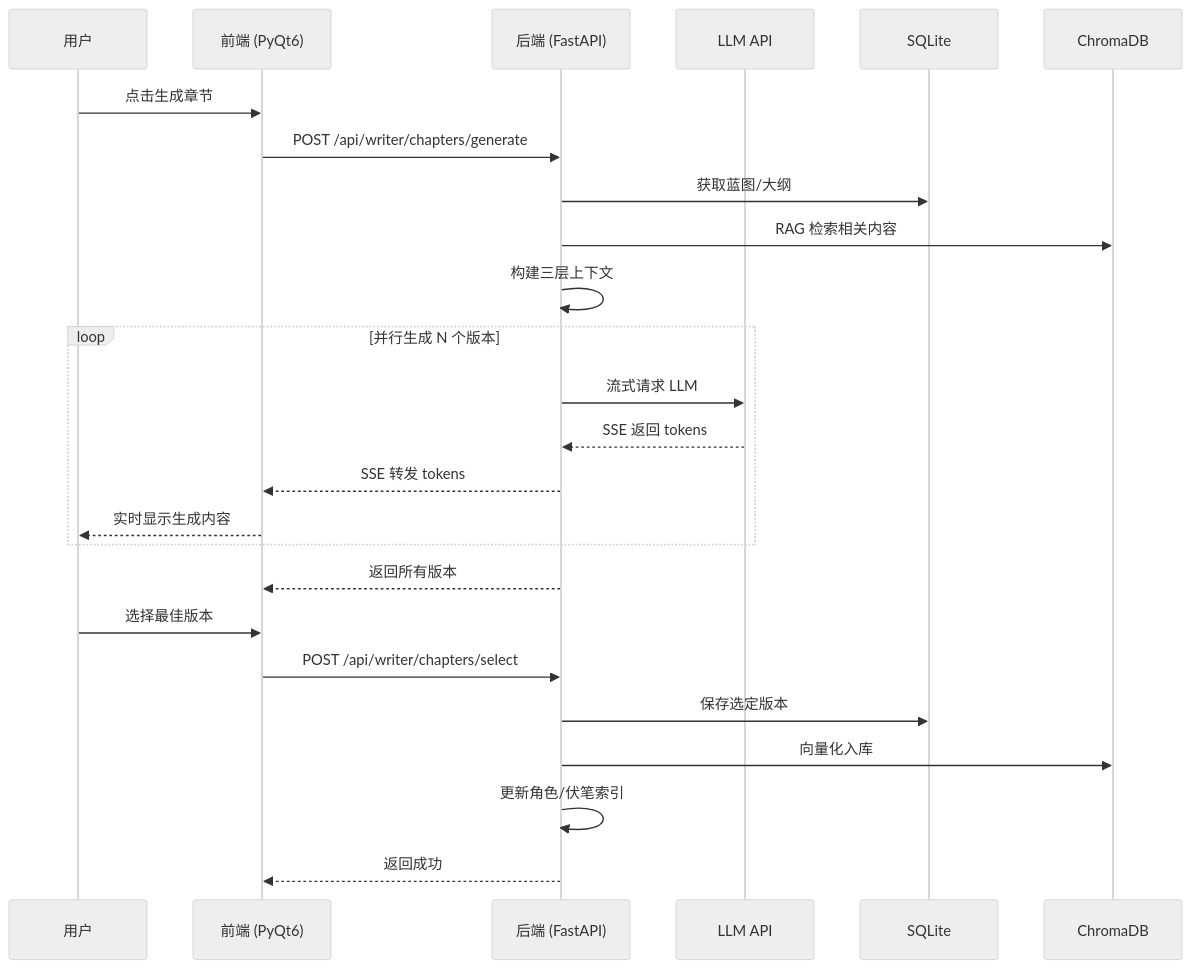
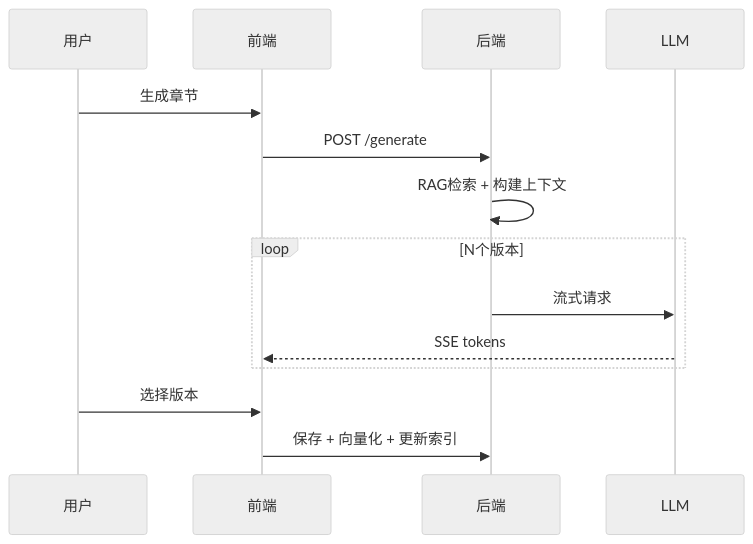
The sixth of 6 diagrams in README.md (GTJasonMK/AFN), drawn with Mermaid (neutral theme) before and after one commit. The commit also changed other lines of this file, not shown here.

````diff
--- a/README.md
+++ b/README.md
@@ -418,32 +409,17 @@
 ```mermaid
 sequenceDiagram
     participant U as 用户
-    participant F as 前端 (PyQt6)
-    participant B as 后端 (FastAPI)
-    participant L as LLM API
-    participant D as SQLite
-    participant V as ChromaDB
+    participant F as 前端
+    participant B as 后端
+    participant L as LLM
 
-    U->>F: 点击生成章节
-    F->>B: POST /api/writer/chapters/generate
-
-    B->>D: 获取蓝图/大纲
-    B->>V: RAG 检索相关内容
-    B->>B: 构建三层上下文
-
-    loop 并行生成 N 个版本
-        B->>L: 流式请求 LLM
-        L-->>B: SSE 返回 tokens
-        B-->>F: SSE 转发 tokens
-        F-->>U: 实时显示生成内容
+    U->>F: 生成章节
+    F->>B: POST /generate
+    B->>B: RAG检索 + 构建上下文
+    loop N个版本
+        B->>L: 流式请求
+        L-->>F: SSE tokens
     end
-
-    B-->>F: 返回所有版本
-    U->>F: 选择最佳版本
-    F->>B: POST /api/writer/chapters/select
-
-    B->>D: 保存选定版本
-    B->>V: 向量化入库
-    B->>B: 更新角色/伏笔索引
-    B-->>F: 返回成功
+    U->>F: 选择版本
+    F->>B: 保存 + 向量化 + 更新索引
 ```
````
